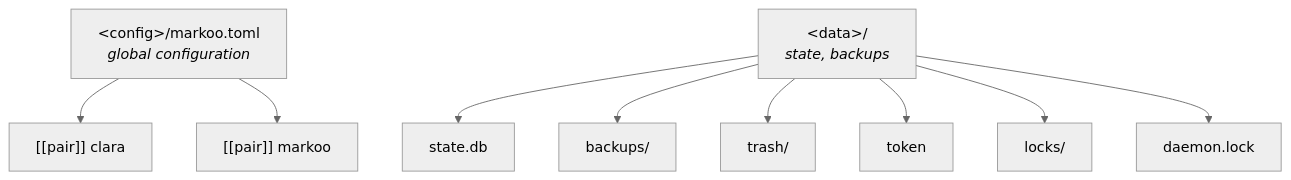
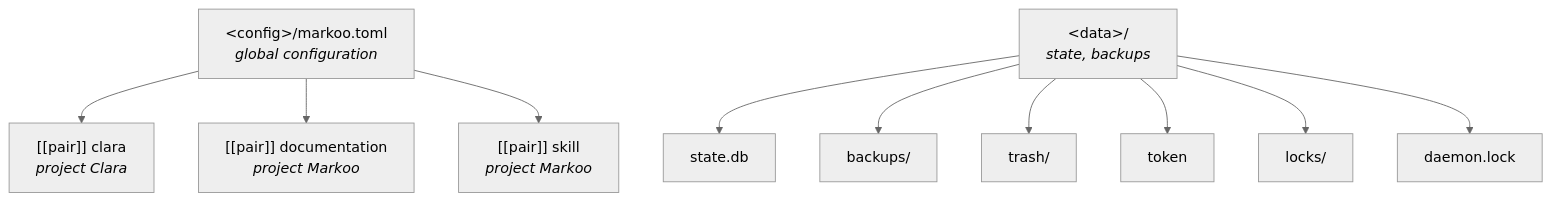
The first of 3 diagrams in documentation/en/06-configuration.md (studoo-app/markoo), drawn with Mermaid (neutral theme) before and after one commit. The commit also changed other lines of this file and 35 other files, not shown here.

````diff
--- a/documentation/en/06-configuration.md
+++ b/documentation/en/06-configuration.md
@@ -12,13 +12,14 @@
 ```mermaid
 flowchart TD
     G["&lt;config&gt;/markoo.toml<br/><i>global configuration</i>"]
     S["&lt;data&gt;/<br/><i>state, backups</i>"]
-    G --> P1["[[pair]] clara"]
-    G --> P2["[[pair]] markoo"]
+    G --> P1["[[pair]] clara<br/><i>project Clara</i>"]
+    G --> P2["[[pair]] documentation<br/><i>project Markoo</i>"]
+    G --> P3["[[pair]] skill<br/><i>project Markoo</i>"]
     S --> DB["state.db"]
     S --> B["backups/"]
     S --> T["trash/"]
     S --> TK["token"]
     S --> L["locks/"]
     S --> DL["daemon.lock"]
 ```
````
